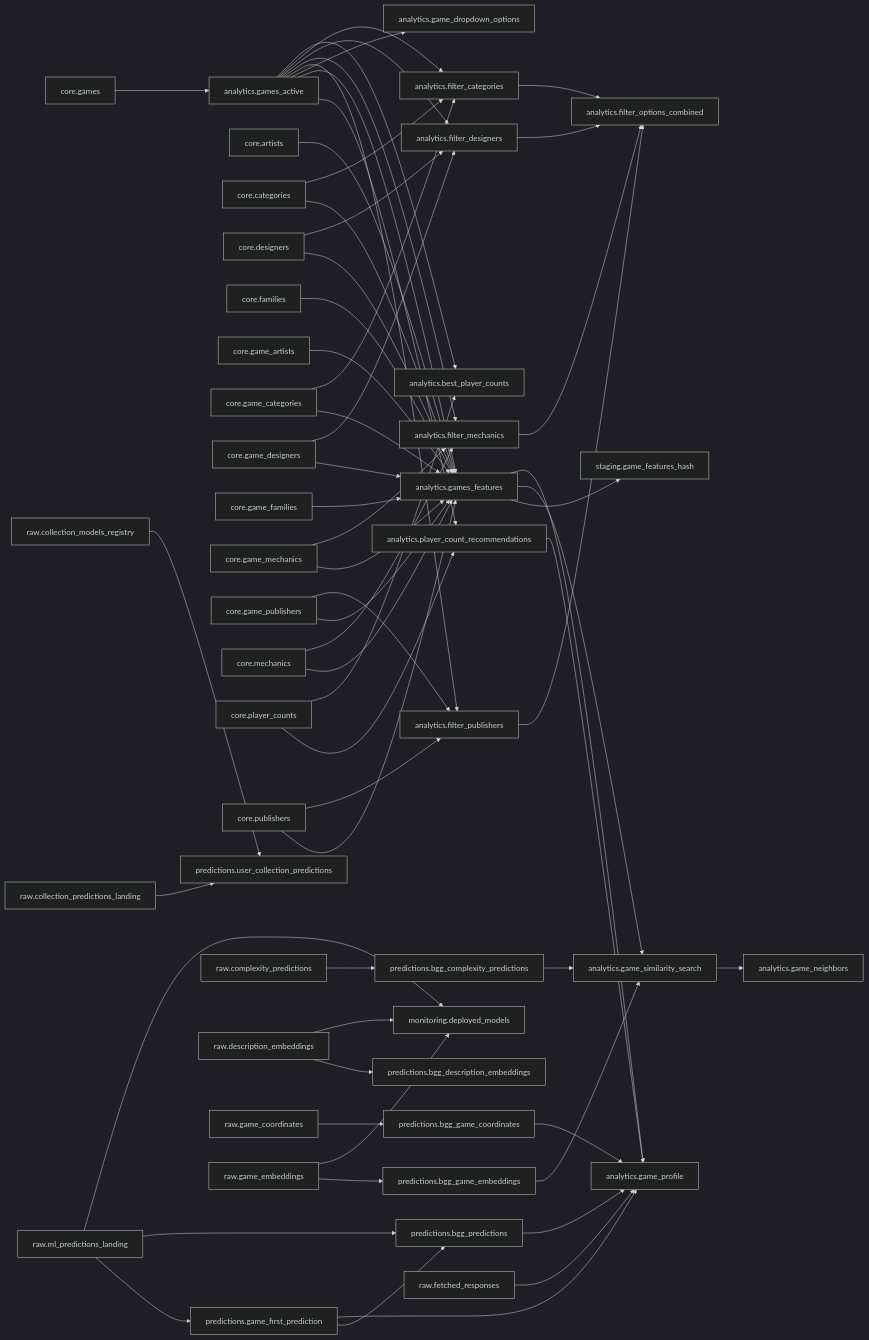
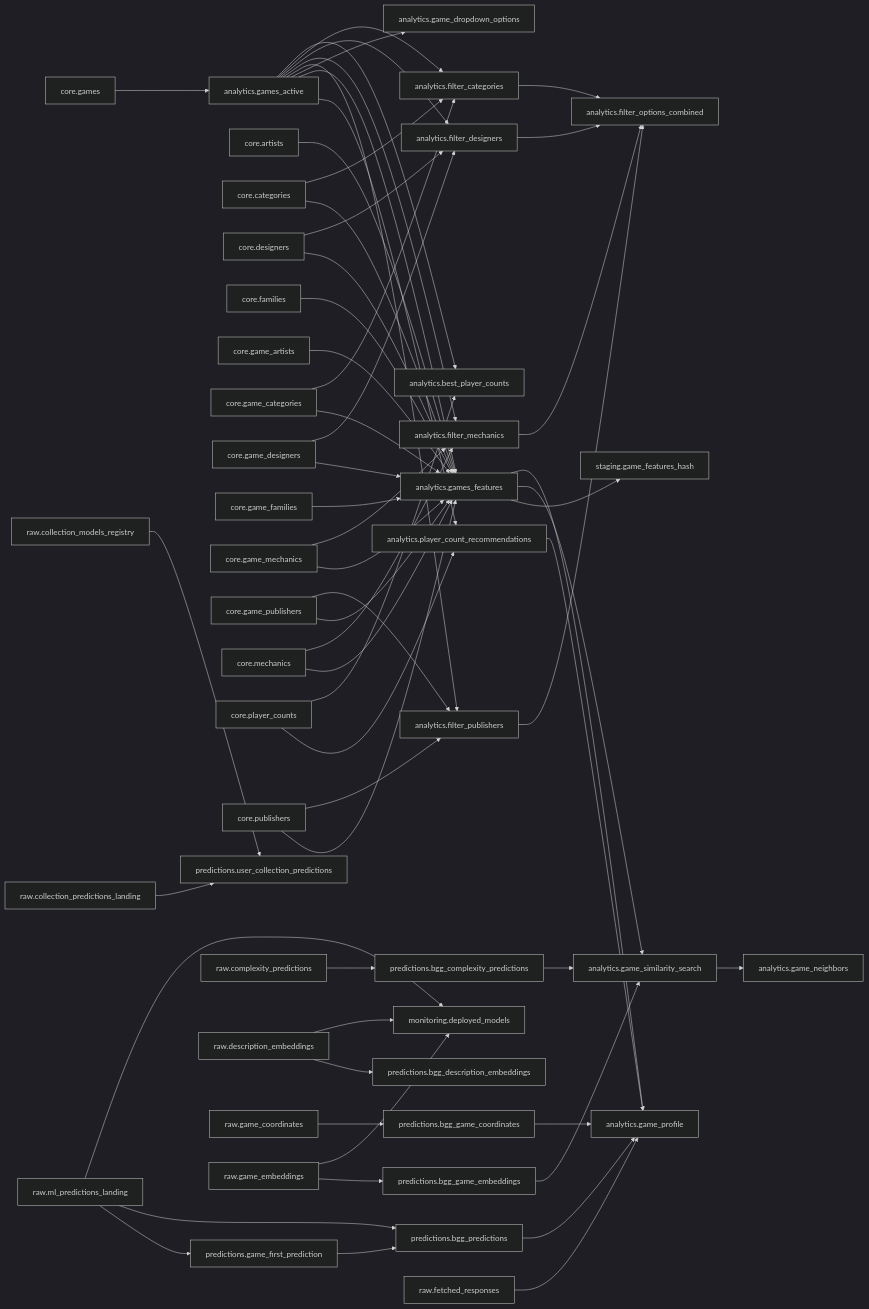
One commit to phenrickson/bgg-data-warehouse changed the diagram in docs/lineage.md. Above: the diagram before and after it, drawn with Mermaid (dark theme). The commit also changed 1 other file, not shown here.

Commit message:
Update Dataform lineage diagram [skip ci]

````diff
--- a/docs/lineage.md
+++ b/docs/lineage.md
@@ -3,61 +3,60 @@
 ```mermaid
 graph LR
     analytics__filter_categories["analytics.filter_categories"] --> analytics__filter_options_combined["analytics.filter_options_combined"]
     analytics__filter_designers["analytics.filter_designers"] --> analytics__filter_options_combined["analytics.filter_options_combined"]
     analytics__filter_mechanics["analytics.filter_mechanics"] --> analytics__filter_options_combined["analytics.filter_options_combined"]
     analytics__filter_publishers["analytics.filter_publishers"] --> analytics__filter_options_combined["analytics.filter_options_combined"]
     analytics__game_similarity_search["analytics.game_similarity_search"] --> analytics__game_neighbors["analytics.game_neighbors"]
     analytics__games_active["analytics.games_active"] --> analytics__best_player_counts["analytics.best_player_counts"]
     analytics__games_active["analytics.games_active"] --> analytics__filter_categories["analytics.filter_categories"]
     analytics__games_active["analytics.games_active"] --> analytics__filter_designers["analytics.filter_designers"]
     analytics__games_active["analytics.games_active"] --> analytics__filter_mechanics["analytics.filter_mechanics"]
     analytics__games_active["analytics.games_active"] --> analytics__filter_publishers["analytics.filter_publishers"]
     analytics__games_active["analytics.games_active"] --> analytics__game_dropdown_options["analytics.game_dropdown_options"]
     analytics__games_active["analytics.games_active"] --> analytics__games_features["analytics.games_features"]
     analytics__games_active["analytics.games_active"] --> analytics__player_count_recommendations["analytics.player_count_recommendations"]
     analytics__games_features["analytics.games_features"] --> analytics__game_profile["analytics.game_profile"]
     analytics__games_features["analytics.games_features"] --> analytics__game_similarity_search["analytics.game_similarity_search"]
     analytics__games_features["analytics.games_features"] --> staging__game_features_hash["staging.game_features_hash"]
     analytics__player_count_recommendations["analytics.player_count_recommendations"] --> analytics__game_profile["analytics.game_profile"]
     core__artists["core.artists"] --> analytics__games_features["analytics.games_features"]
     core__categories["core.categories"] --> analytics__filter_categories["analytics.filter_categories"]
     core__categories["core.categories"] --> analytics__games_features["analytics.games_features"]
     core__designers["core.designers"] --> analytics__filter_designers["analytics.filter_designers"]
     core__designers["core.designers"] --> analytics__games_features["analytics.games_features"]
     core__families["core.families"] --> analytics__games_features["analytics.games_features"]
     core__game_artists["core.game_artists"] --> analytics__games_features["analytics.games_features"]
     core__game_categories["core.game_categories"] --> analytics__filter_categories["analytics.filter_categories"]
     core__game_categories["core.game_categories"] --> analytics__games_features["analytics.games_features"]
     core__game_designers["core.game_designers"] --> analytics__filter_designers["analytics.filter_designers"]
     core__game_designers["core.game_designers"] --> analytics__games_features["analytics.games_features"]
     core__game_families["core.game_families"] --> analytics__games_features["analytics.games_features"]
     core__game_mechanics["core.game_mechanics"] --> analytics__filter_mechanics["analytics.filter_mechanics"]
     core__game_mechanics["core.game_mechanics"] --> analytics__games_features["analytics.games_features"]
     core__game_publishers["core.game_publishers"] --> analytics__filter_publishers["analytics.filter_publishers"]
     core__game_publishers["core.game_publishers"] --> analytics__games_features["analytics.games_features"]
     core__games["core.games"] --> analytics__games_active["analytics.games_active"]
     core__mechanics["core.mechanics"] --> analytics__filter_mechanics["analytics.filter_mechanics"]
     core__mechanics["core.mechanics"] --> analytics__games_features["analytics.games_features"]
     core__player_counts["core.player_counts"] --> analytics__best_player_counts["analytics.best_player_counts"]
     core__player_counts["core.player_counts"] --> analytics__player_count_recommendations["analytics.player_count_recommendations"]
     core__publishers["core.publishers"] --> analytics__filter_publishers["analytics.filter_publishers"]
     core__publishers["core.publishers"] --> analytics__games_features["analytics.games_features"]
     predictions__bgg_complexity_predictions["predictions.bgg_complexity_predictions"] --> analytics__game_similarity_search["analytics.game_similarity_search"]
     predictions__bgg_game_coordinates["predictions.bgg_game_coordinates"] --> analytics__game_profile["analytics.game_profile"]
     predictions__bgg_game_embeddings["predictions.bgg_game_embeddings"] --> analytics__game_similarity_search["analytics.game_similarity_search"]
     predictions__bgg_predictions["predictions.bgg_predictions"] --> analytics__game_profile["analytics.game_profile"]
-    predictions__game_first_prediction["predictions.game_first_prediction"] --> analytics__game_profile["analytics.game_profile"]
     predictions__game_first_prediction["predictions.game_first_prediction"] --> predictions__bgg_predictions["predictions.bgg_predictions"]
     raw__collection_models_registry["raw.collection_models_registry"] --> predictions__user_collection_predictions["predictions.user_collection_predictions"]
     raw__collection_predictions_landing["raw.collection_predictions_landing"] --> predictions__user_collection_predictions["predictions.user_collection_predictions"]
     raw__complexity_predictions["raw.complexity_predictions"] --> predictions__bgg_complexity_predictions["predictions.bgg_complexity_predictions"]
     raw__description_embeddings["raw.description_embeddings"] --> monitoring__deployed_models["monitoring.deployed_models"]
     raw__description_embeddings["raw.description_embeddings"] --> predictions__bgg_description_embeddings["predictions.bgg_description_embeddings"]
     raw__fetched_responses["raw.fetched_responses"] --> analytics__game_profile["analytics.game_profile"]
     raw__game_coordinates["raw.game_coordinates"] --> predictions__bgg_game_coordinates["predictions.bgg_game_coordinates"]
     raw__game_embeddings["raw.game_embeddings"] --> monitoring__deployed_models["monitoring.deployed_models"]
     raw__game_embeddings["raw.game_embeddings"] --> predictions__bgg_game_embeddings["predictions.bgg_game_embeddings"]
     raw__ml_predictions_landing["raw.ml_predictions_landing"] --> monitoring__deployed_models["monitoring.deployed_models"]
     raw__ml_predictions_landing["raw.ml_predictions_landing"] --> predictions__bgg_predictions["predictions.bgg_predictions"]
     raw__ml_predictions_landing["raw.ml_predictions_landing"] --> predictions__game_first_prediction["predictions.game_first_prediction"]
 ```
````
